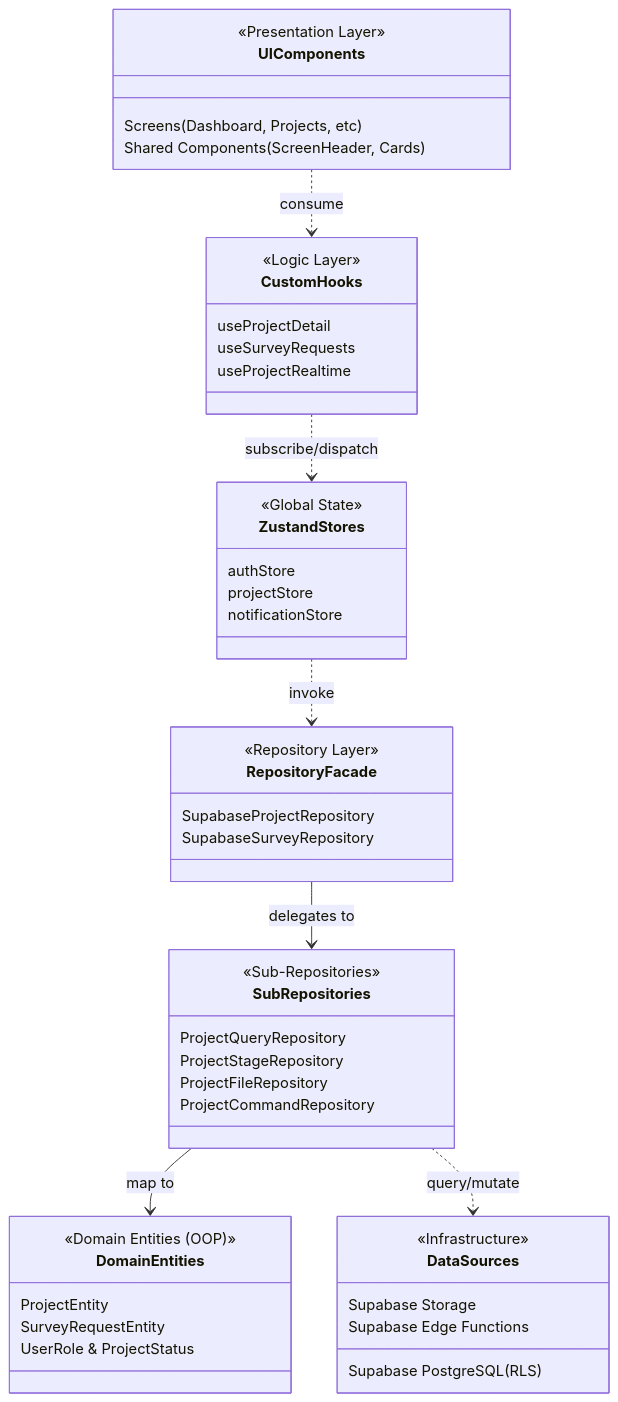
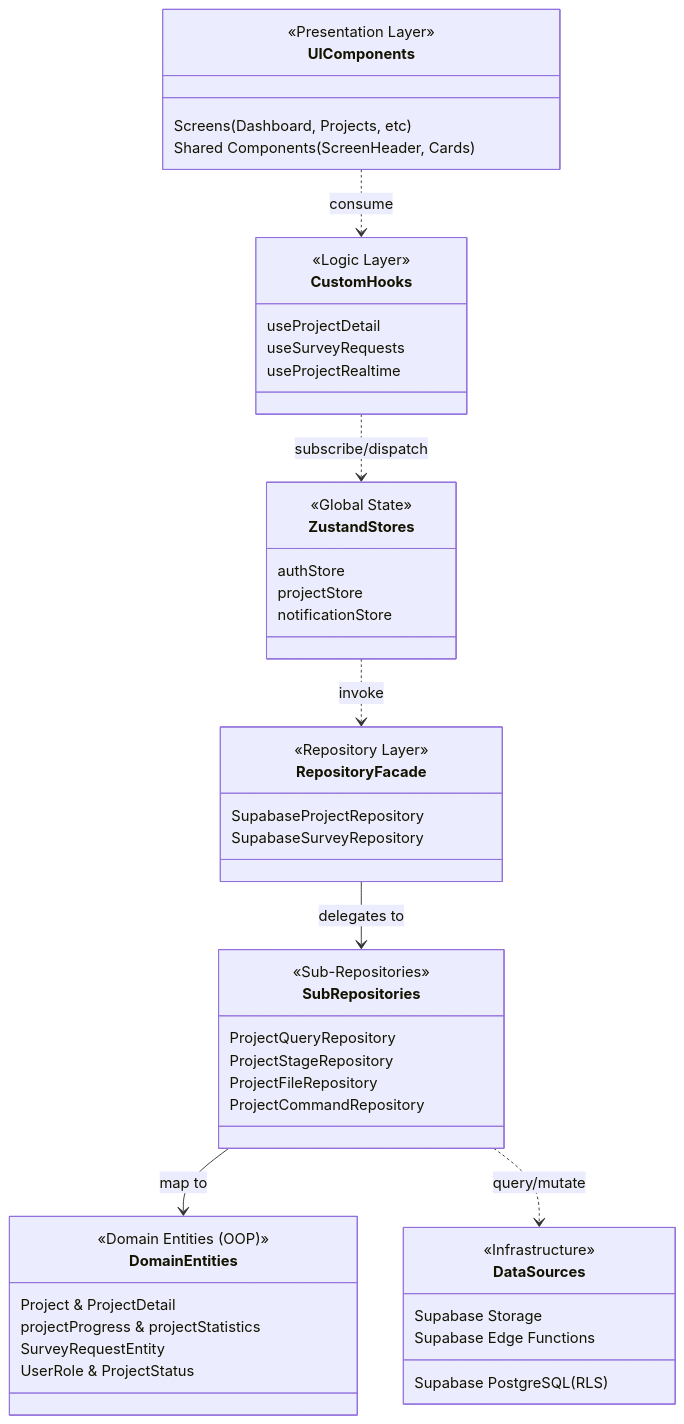
Before and after one commit to fajar-dev/gsi-one: the second of 3 diagrams in DEVELOPER_ONBOARDING_GUIDE.md, drawn with Mermaid. The commit also changed other lines of this file and 326 other files, not shown here.

First line of the commit message:
refactor: clean architecture and UI for v3.1.0

````diff
--- a/DEVELOPER_ONBOARDING_GUIDE.md
+++ b/DEVELOPER_ONBOARDING_GUIDE.md
@@ -50,52 +50,53 @@
 ```mermaid
 classDiagram
     direction TB
     class UIComponents {
         <<Presentation Layer>>
         Screens (Dashboard, Projects, etc)
         Shared Components (ScreenHeader, Cards)
     }
     class CustomHooks {
         <<Logic Layer>>
         useProjectDetail
         useSurveyRequests
         useProjectRealtime
     }
     class ZustandStores {
         <<Global State>>
         authStore
         projectStore
         notificationStore
     }
     class RepositoryFacade {
         <<Repository Layer>>
         SupabaseProjectRepository
         SupabaseSurveyRepository
     }
     class SubRepositories {
         <<Sub-Repositories>>
         ProjectQueryRepository
         ProjectStageRepository
         ProjectFileRepository
         ProjectCommandRepository
     }
     class DomainEntities {
         <<Domain Entities (OOP)>>
-        ProjectEntity
+        Project & ProjectDetail
+        projectProgress & projectStatistics
         SurveyRequestEntity
         UserRole & ProjectStatus
     }
     class DataSources {
         <<Infrastructure>>
         Supabase PostgreSQL (RLS)
         Supabase Storage
         Supabase Edge Functions
     }
 
     UIComponents ..> CustomHooks : consume
     CustomHooks ..> ZustandStores : subscribe/dispatch
     ZustandStores ..> RepositoryFacade : invoke
     RepositoryFacade --> SubRepositories : delegates to
     SubRepositories --> DomainEntities : map to
     SubRepositories ..> DataSources : query/mutate
 ```
````
